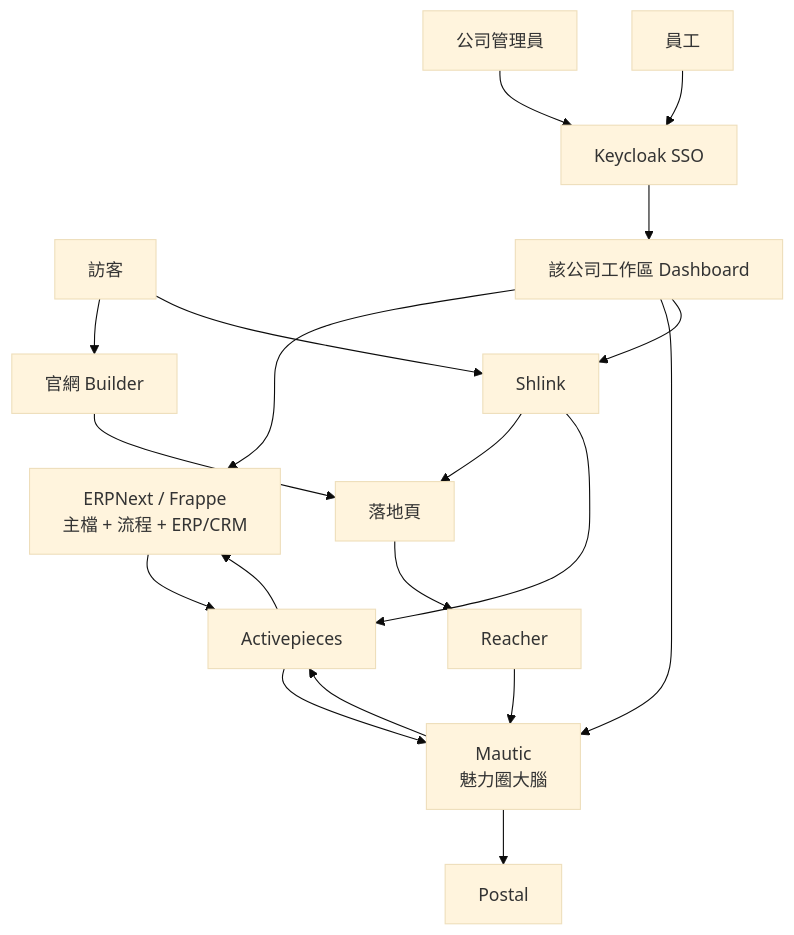
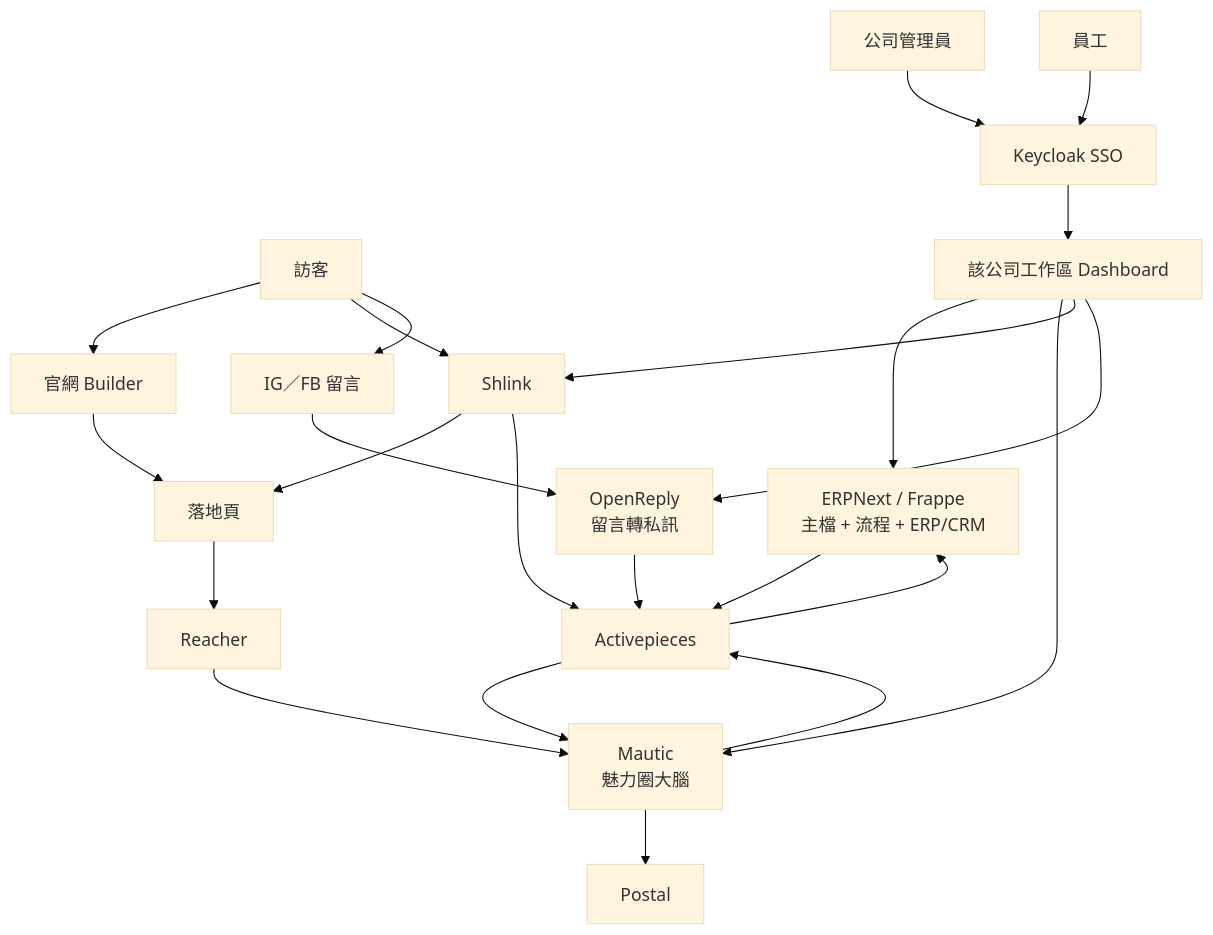
One commit to dropout-tech/EveryThingOS changed the third of 3 diagrams in docs/ARCHITECTURE.md. Above: the diagram before and after it, drawn with Mermaid (base theme). The commit also changed other lines of this file and 25 other files, not shown here.

First line of the commit message:
Add scenic glass backgrounds and OpenReply comment-to-DM.

````diff
--- a/docs/ARCHITECTURE.md
+++ b/docs/ARCHITECTURE.md
@@ -225,26 +227,30 @@
 ```mermaid
 flowchart TB
   Admin[公司管理員]
   User[員工]
   Visitor[訪客]
   KC[Keycloak SSO]
 
   Admin --> KC
   User --> KC
   KC --> WS[該公司工作區 Dashboard]
   WS --> ERP[ERPNext / Frappe<br/>主檔 + 流程 + ERP/CRM]
   WS --> MA[Mautic<br/>魅力圈大腦]
   WS --> SL[Shlink]
+  WS --> OR[OpenReply<br/>留言轉私訊]
   Visitor --> Site[官網 Builder]
   Visitor --> SL
+  Visitor --> IG[IG／FB 留言]
+  IG --> OR
   SL --> LP[落地頁]
   Site --> LP
   LP --> RH[Reacher]
   RH --> MA
   MA --> AP[Activepieces]
+  OR --> AP
   AP --> ERP
   ERP --> AP
   AP --> MA
   MA --> Postal[Postal]
   SL --> AP
 ```
````
